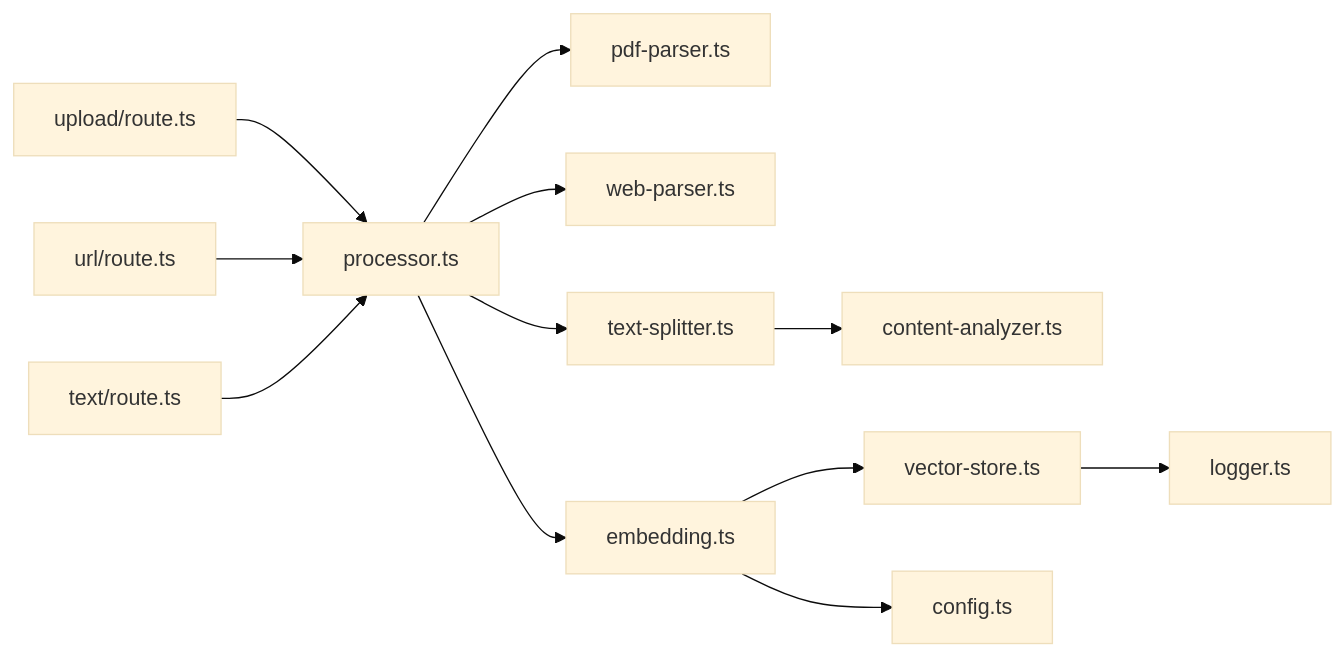
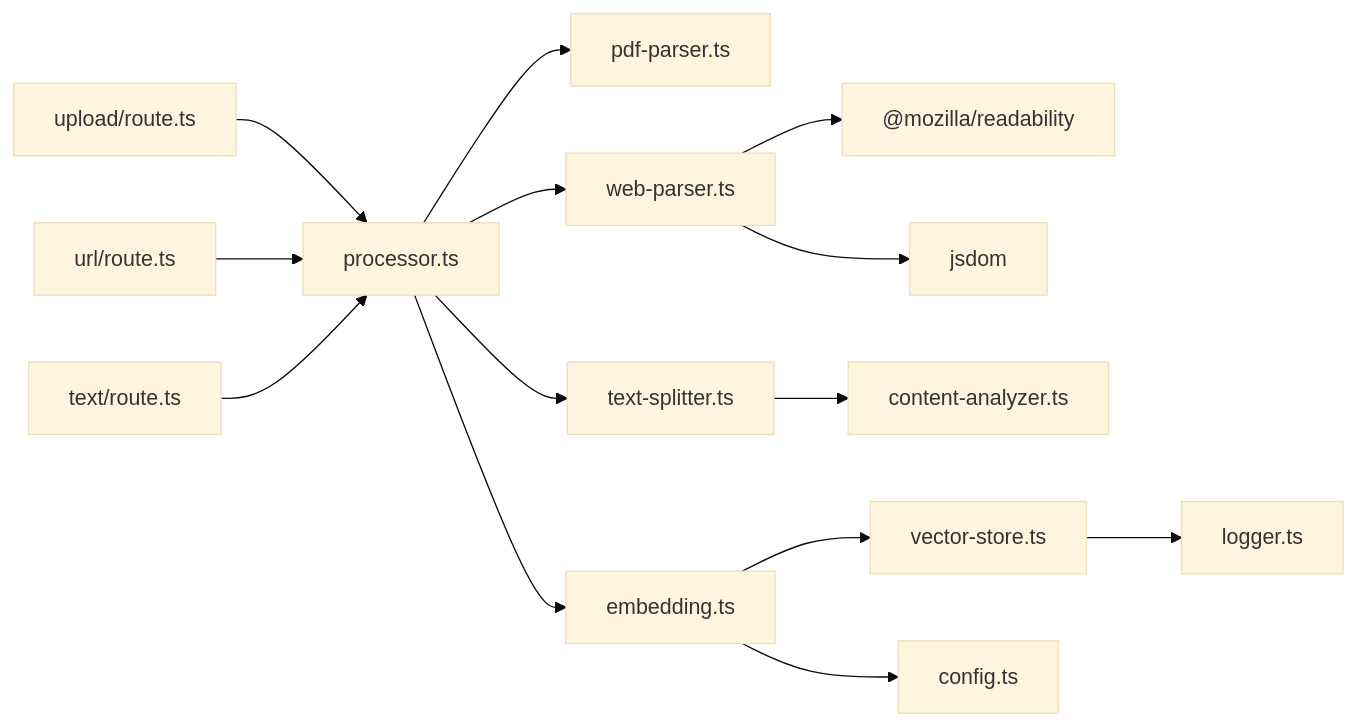
One commit to lbl-bm/notebookLM-clone changed the eighth of 8 diagrams in .qoder/repowiki/zh/content/项目概述/核心功能/Sources 知识源导入系统/文本处理与解析.md. Above: the diagram before and after it, drawn with Mermaid (base theme). The commit also changed other lines of this file and 13 other files, not shown here.

````diff
--- a/.qoder/repowiki/zh/content/项目概述/核心功能/Sources 知识源导入系统/文本处理与解析.md
+++ b/.qoder/repowiki/zh/content/项目概述/核心功能/Sources 知识源导入系统/文本处理与解析.md
@@ -385,14 +462,16 @@
 ```mermaid
 graph LR
 APIU["upload/route.ts"] --> Proc["processor.ts"]
 APIV["url/route.ts"] --> Proc
 APIT["text/route.ts"] --> Proc
 Proc --> PDFP["pdf-parser.ts"]
 Proc --> WEBP["web-parser.ts"]
 Proc --> Split["text-splitter.ts"]
 Split --> Analyzer["content-analyzer.ts"]
 Proc --> Emb["embedding.ts"]
 Emb --> VS["vector-store.ts"]
+WEBP --> Readability["@mozilla/readability"]
+WEBP --> JSDOM["jsdom"]
 Emb --> Cfg["config.ts"]
 VS --> Log["logger.ts"]
 ```
````
